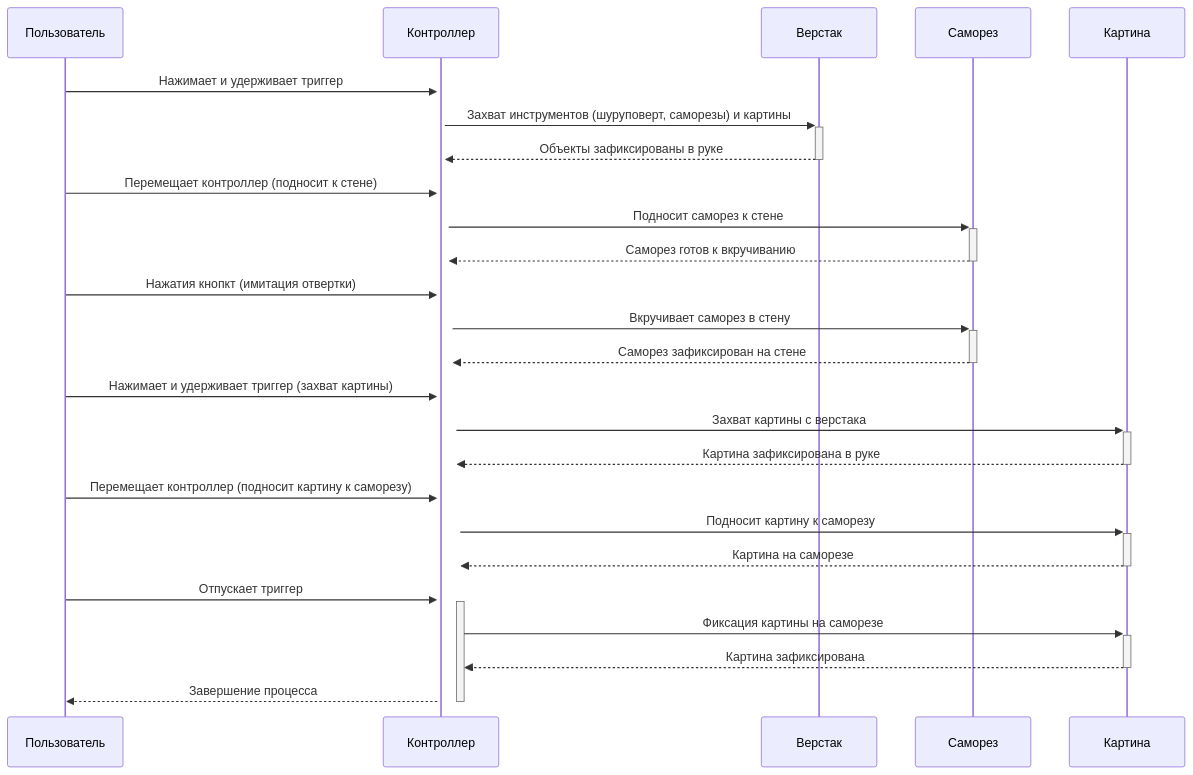
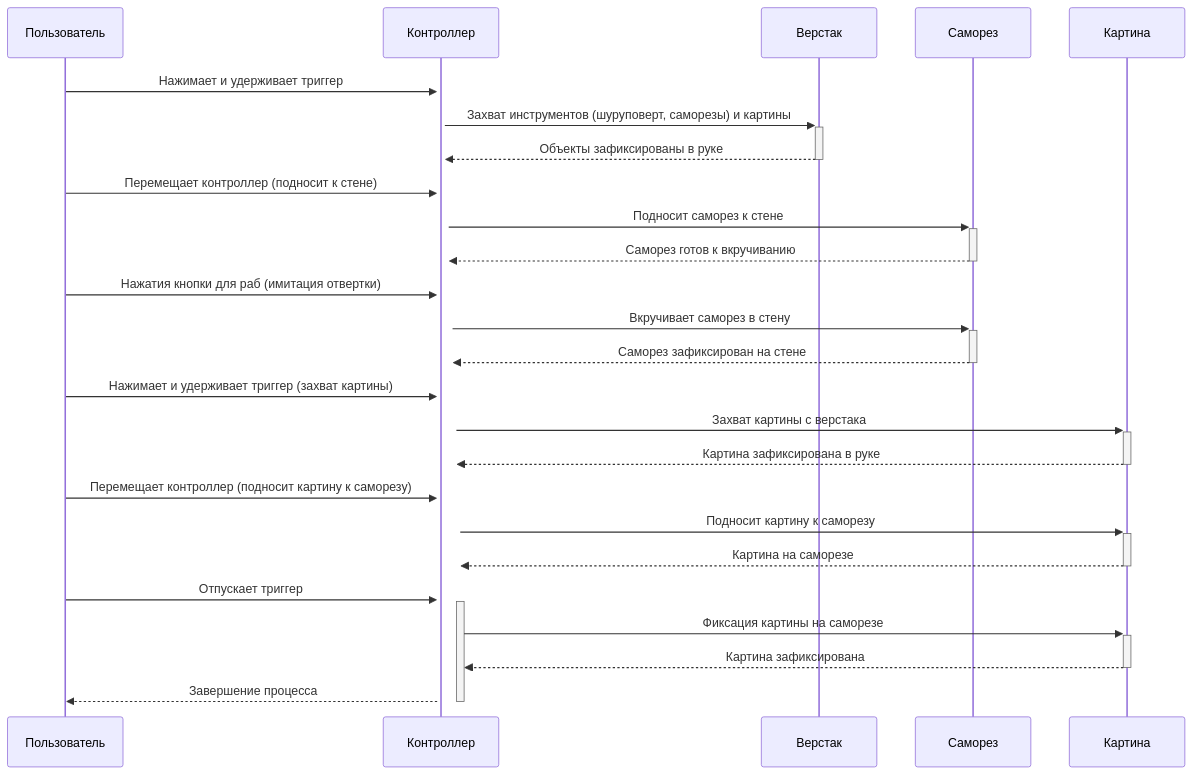
One commit to NerdyCep/iodraw-files changed the diagram in all/не называться-1.md. Above: the diagram before and after it, drawn with Mermaid.

Commit message:
2025-02-25 18:24:26 update

````diff
--- a/all/не называться-1.md
+++ b/all/не называться-1.md
@@ -1,29 +1,29 @@
 ```mermaid
 sequenceDiagram
     participant Пользователь
     participant Контроллер
     participant Верстак
     participant Саморез
     participant Картина
     
 
     Пользователь->>+Контроллер: Нажимает и удерживает триггер
     Контроллер->>+Верстак: Захват инструментов (шуруповерт, саморезы) и картины
     Верстак-->>-Контроллер: Объекты зафиксированы в руке
     Пользователь->>+Контроллер: Перемещает контроллер (подносит к стене)
     Контроллер->>+Саморез: Подносит саморез к стене
     Саморез-->>-Контроллер: Саморез готов к вкручиванию
-    Пользователь->>+Контроллер: Нажатия кнопкт (имитация отвертки)
+    Пользователь->>+Контроллер: Нажатия кнопки для раб (имитация отвертки)
     Контроллер->>+Саморез: Вкручивает саморез в стену
     Саморез-->>-Контроллер: Саморез зафиксирован на стене
     Пользователь->>+Контроллер: Нажимает и удерживает триггер (захват картины)
     Контроллер->>+Картина: Захват картины с верстака
     Картина-->>-Контроллер: Картина зафиксирована в руке
     Пользователь->>+Контроллер: Перемещает контроллер (подносит картину к саморезу)
     Контроллер->>+Картина: Подносит картину к саморезу
     Картина-->>-Контроллер: Картина на саморезе
     Пользователь->>+Контроллер: Отпускает триггер
     Контроллер->>+Картина: Фиксация картины на саморезе
     Картина-->>-Контроллер: Картина зафиксирована
     Контроллер-->>-Пользователь: Завершение процесса
 ```
````
